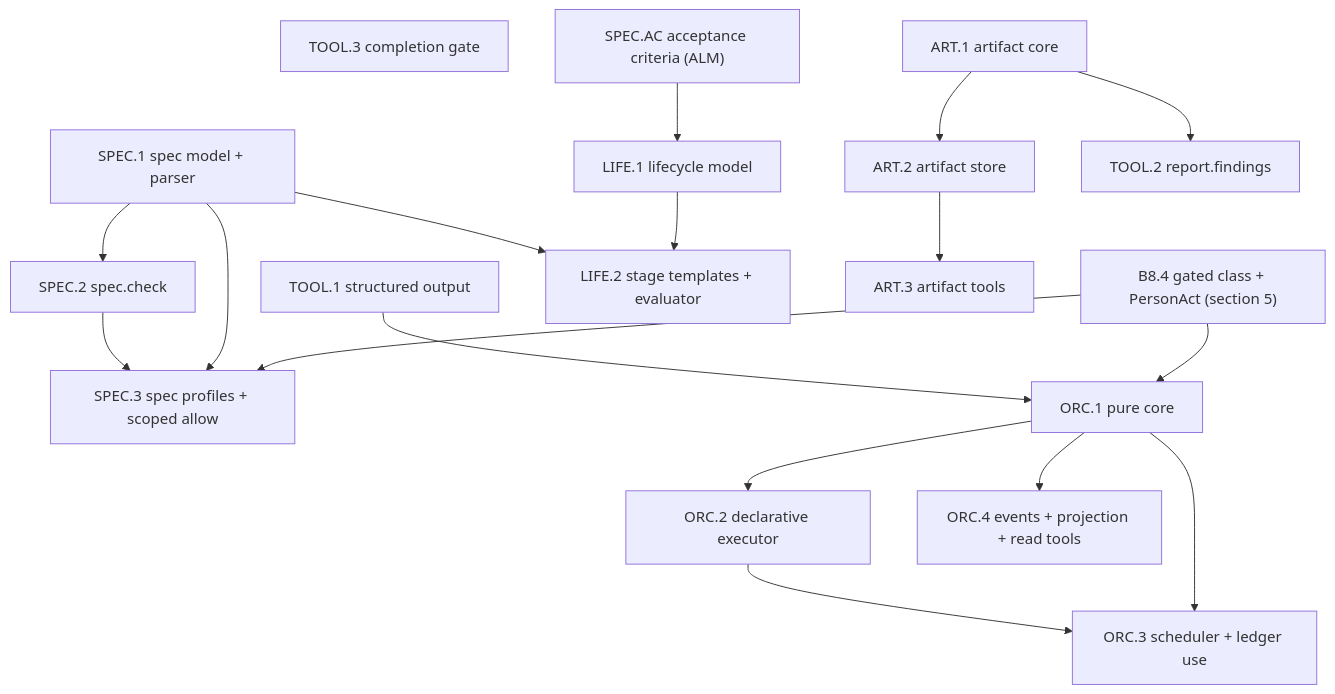
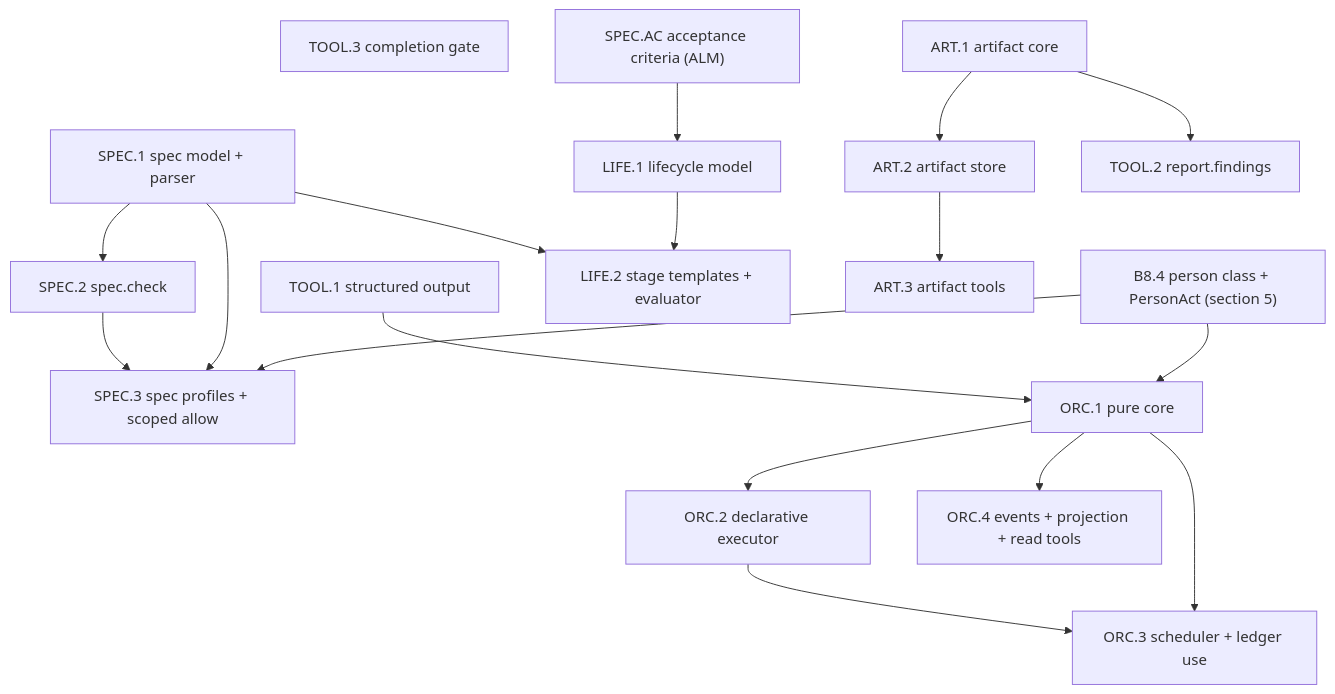
One commit to agentistics/agentistics changed the diagram in docs/superpowers/specs/2026-09-28-runtime-planning-orchestration-artifacts.md. Above: the diagram before and after it, drawn with Mermaid. The commit also changed other lines of this file, not shown here.

First line of the commit message:
docs: name the person-only permission class `person`, beside the shipped `gated`

````diff
--- a/docs/superpowers/specs/2026-09-28-runtime-planning-orchestration-artifacts.md
+++ b/docs/superpowers/specs/2026-09-28-runtime-planning-orchestration-artifacts.md
@@ -88,37 +88,37 @@
 ```mermaid
 graph TD
-  GATED["B8.4 gated class + PersonAct (section 5)"]
+  PERSON["B8.4 person class + PersonAct (section 5)"]
   T1["TOOL.1 structured output"]
   T3["TOOL.3 completion gate"]
   AC["SPEC.AC acceptance criteria (ALM)"]
   S1["SPEC.1 spec model + parser"]
   S2["SPEC.2 spec.check"]
   S3["SPEC.3 spec profiles + scoped allow"]
   L1["LIFE.1 lifecycle model"]
   L2["LIFE.2 stage templates + evaluator"]
   O1["ORC.1 pure core"]
   O2["ORC.2 declarative executor"]
   O3["ORC.3 scheduler + ledger use"]
   O4["ORC.4 events + projection + read tools"]
   A1["ART.1 artifact core"]
   A2["ART.2 artifact store"]
   A3["ART.3 artifact tools"]
   T2["TOOL.2 report.findings"]
-  GATED --> S3
-  GATED --> O1
+  PERSON --> S3
+  PERSON --> O1
   T1 --> O1
   S1 --> S2
   S1 --> S3
   S2 --> S3
   AC --> L1
   L1 --> L2
   S1 --> L2
   O1 --> O2
   O1 --> O3
   O2 --> O3
   O1 --> O4
   A1 --> A2
   A2 --> A3
   A1 --> T2
   T3
 ```
````
